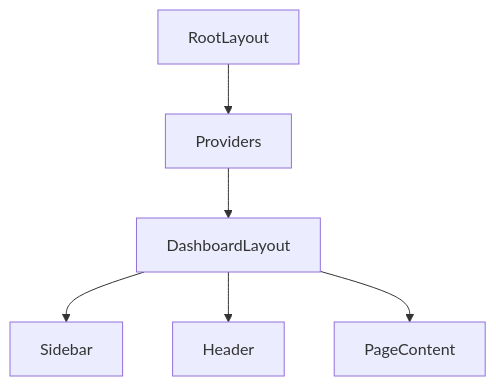
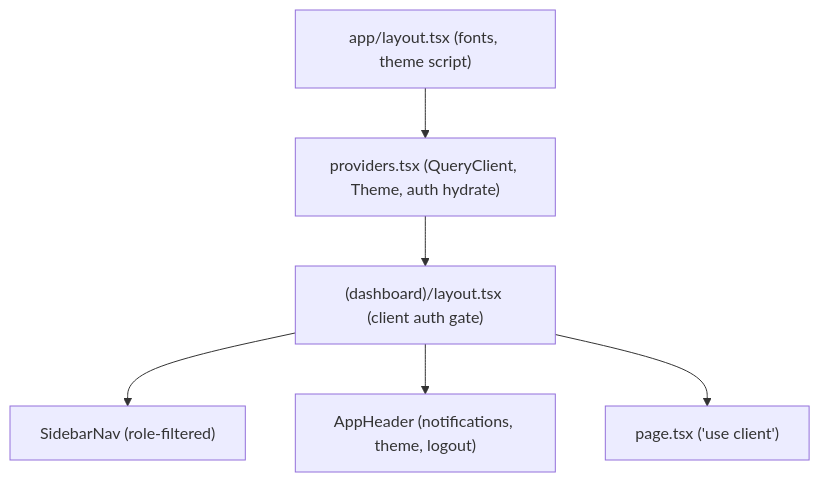
Before and after one commit to Valuedx/ContextEdge: the second of 3 diagrams in docs/05_Frontend_KT.md, drawn with Mermaid. The commit also changed other lines of this file and 48 other files, not shown here.

````diff
--- a/docs/05_Frontend_KT.md
+++ b/docs/05_Frontend_KT.md
@@ -167,8 +251,8 @@
 ```mermaid
 graph TD;
-    RootLayout-->Providers;
-    Providers-->DashboardLayout;
-    DashboardLayout-->Sidebar;
-    DashboardLayout-->Header;
-    DashboardLayout-->PageContent;
+    RootLayout["app/layout.tsx (fonts, theme script)"]-->Providers["providers.tsx (QueryClient, Theme, auth hydrate)"];
+    Providers-->DashboardLayout["(dashboard)/layout.tsx (client auth gate)"];
+    DashboardLayout-->Sidebar["SidebarNav (role-filtered)"];
+    DashboardLayout-->Header["AppHeader (notifications, theme, logout)"];
+    DashboardLayout-->PageContent["page.tsx ('use client')"];
 ```
````
